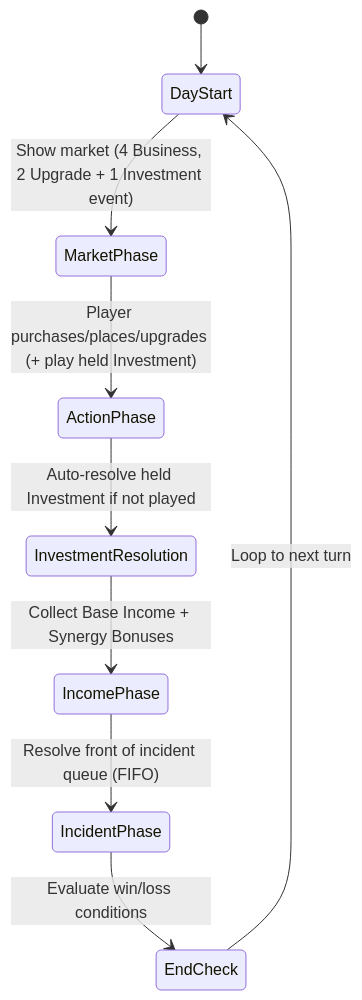
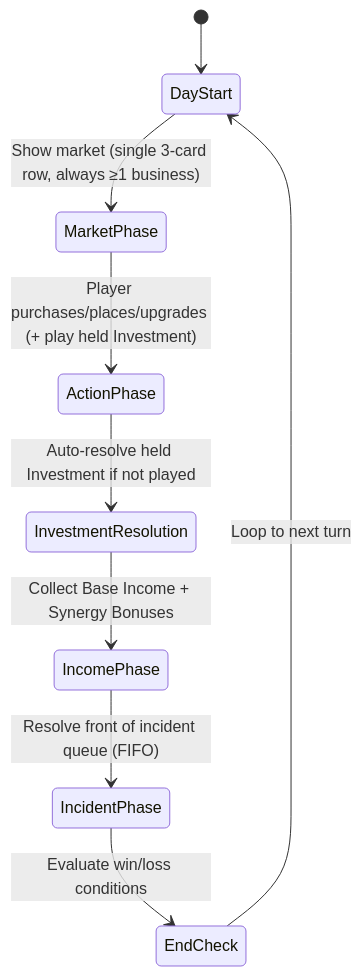
One commit to TheWizardsCode/Tableau-Card-Engine changed the first of 2 diagrams in docs/main-street/core-rules-and-mechanics.md. Above: the diagram before and after it, drawn with Mermaid. The commit also changed other lines of this file and 98 other files, not shown here.

````diff
--- a/docs/main-street/core-rules-and-mechanics.md
+++ b/docs/main-street/core-rules-and-mechanics.md
@@ -168,11 +167,11 @@
 ```mermaid
 stateDiagram-v2
     [*] --> DayStart
-    DayStart --> MarketPhase: Show market (4 Business, 2 Upgrade + 1 Investment event)
+    DayStart --> MarketPhase: Show market (single 3-card row, always ≥1 business)
     MarketPhase --> ActionPhase: Player purchases/places/upgrades (+ play held Investment)
     ActionPhase --> InvestmentResolution: Auto‑resolve held Investment if not played
     InvestmentResolution --> IncomePhase: Collect Base Income + Synergy Bonuses
     IncomePhase --> IncidentPhase: Resolve front of incident queue (FIFO)
     IncidentPhase --> EndCheck: Evaluate win/loss conditions
     EndCheck --> DayStart: Loop to next turn
 ```
````
